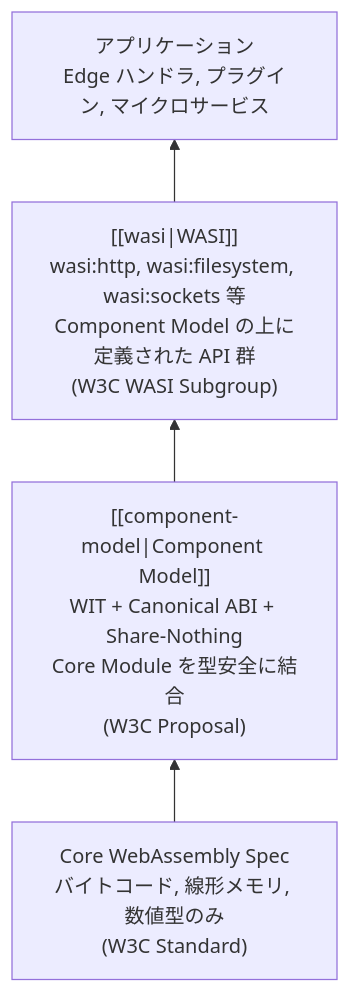
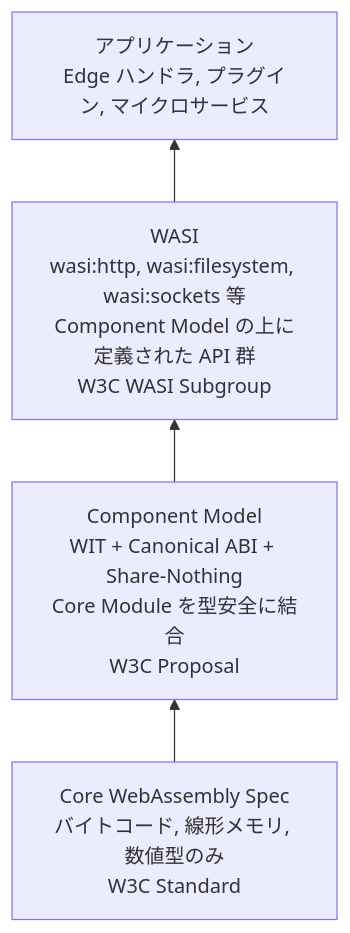
Before and after one commit to O6lvl4/O6lvl4-knowledge: the third of 8 diagrams in vault/edge-wasm-landscape.md, drawn with Mermaid. The commit also changed other lines of this file, not shown here.

Commit message:
Remove wikilinks from Mermaid blocks for proper rendering

````diff
--- a/vault/edge-wasm-landscape.md
+++ b/vault/edge-wasm-landscape.md
@@ -111,11 +111,11 @@
 ```mermaid
 graph BT
-    Core["Core WebAssembly Spec<br/>バイトコード, 線形メモリ, 数値型のみ<br/>(W3C Standard)"]
-    CM["[[component-model|Component Model]]<br/>WIT + Canonical ABI + Share-Nothing<br/>Core Module を型安全に結合<br/>(W3C Proposal)"]
-    WASI["[[wasi|WASI]]<br/>wasi:http, wasi:filesystem, wasi:sockets 等<br/>Component Model の上に定義された API 群<br/>(W3C WASI Subgroup)"]
+    Core["Core WebAssembly Spec<br/>バイトコード, 線形メモリ, 数値型のみ<br/>W3C Standard"]
+    CM["Component Model<br/>WIT + Canonical ABI + Share-Nothing<br/>Core Module を型安全に結合<br/>W3C Proposal"]
+    WASI["WASI<br/>wasi:http, wasi:filesystem, wasi:sockets 等<br/>Component Model の上に定義された API 群<br/>W3C WASI Subgroup"]
     App["アプリケーション<br/>Edge ハンドラ, プラグイン, マイクロサービス"]
 
     Core --> CM
     CM --> WASI
     WASI --> App
 ```
````
